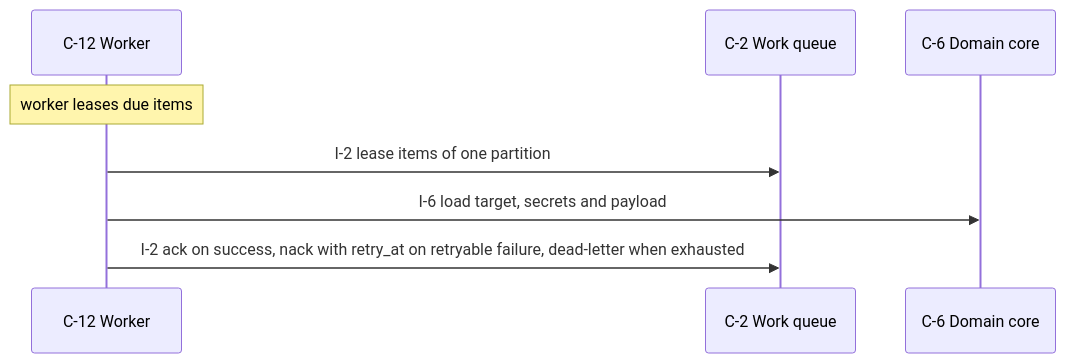
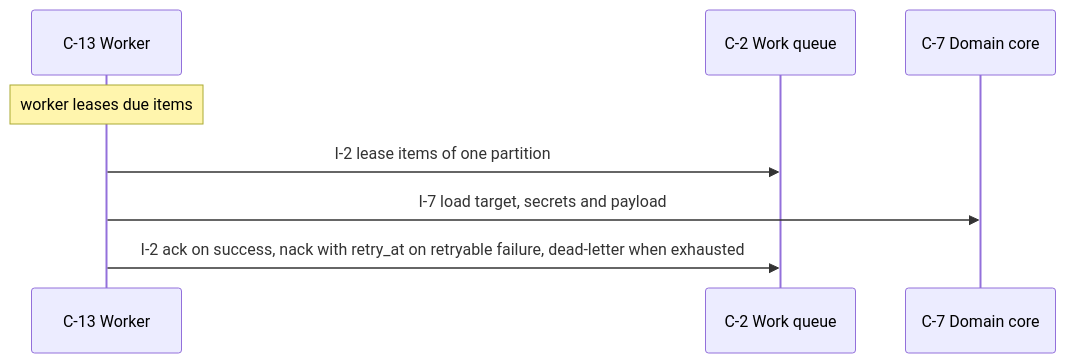
Before and after one commit to yui9696/sekkei: the fourth of 8 diagrams in examples/webhooks/DESIGN.md, drawn with Mermaid. The commit also changed other lines of this file and 27 other files, not shown here.

````diff
--- a/examples/webhooks/DESIGN.md
+++ b/examples/webhooks/DESIGN.md
@@ -556,10 +635,10 @@
 ```mermaid
 sequenceDiagram
-  participant C_12 as C-12 Worker
+  participant C_13 as C-13 Worker
   participant C_2 as C-2 Work queue
-  participant C_6 as C-6 Domain core
-  Note over C_12: worker leases due items
-  C_12->>C_2: I-2 lease items of one partition
-  C_12->>C_6: I-6 load target, secrets and payload
-  C_12->>C_2: I-2 ack on success, nack with retry_at on retryable failure, dead-letter when exhausted
+  participant C_7 as C-7 Domain core
+  Note over C_13: worker leases due items
+  C_13->>C_2: I-2 lease items of one partition
+  C_13->>C_7: I-7 load target, secrets and payload
+  C_13->>C_2: I-2 ack on success, nack with retry_at on retryable failure, dead-letter when exhausted
 ```
````
